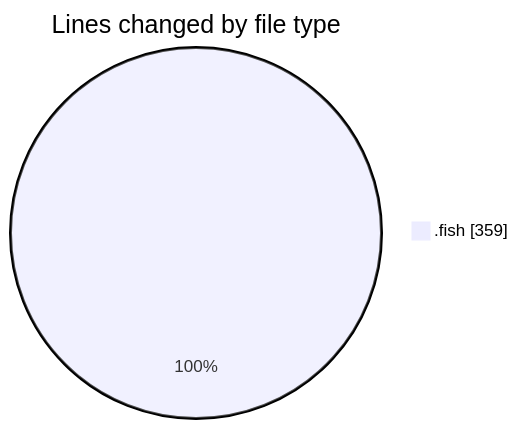
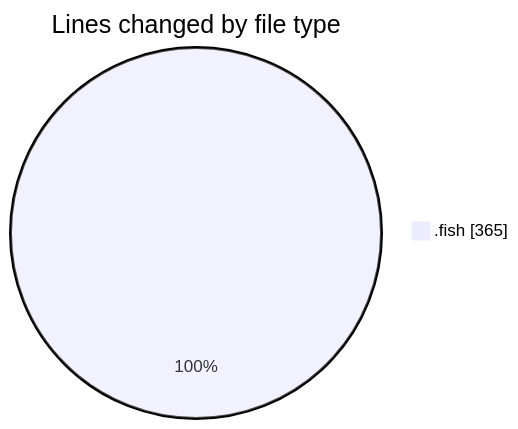
One commit to EIIisD/code-tracking changed the first of 2 diagrams in 2025-08-06/fish/README.md. Above: the diagram before and after it, drawn with Mermaid. The commit also changed other lines of this file and 1 other file, not shown here.

````diff
--- a/2025-08-06/fish/README.md
+++ b/2025-08-06/fish/README.md
@@ -22,5 +22,5 @@
 ```mermaid
 pie showData
 title Lines changed by file type
-".fish" : 359
+".fish" : 365
 ```
````
